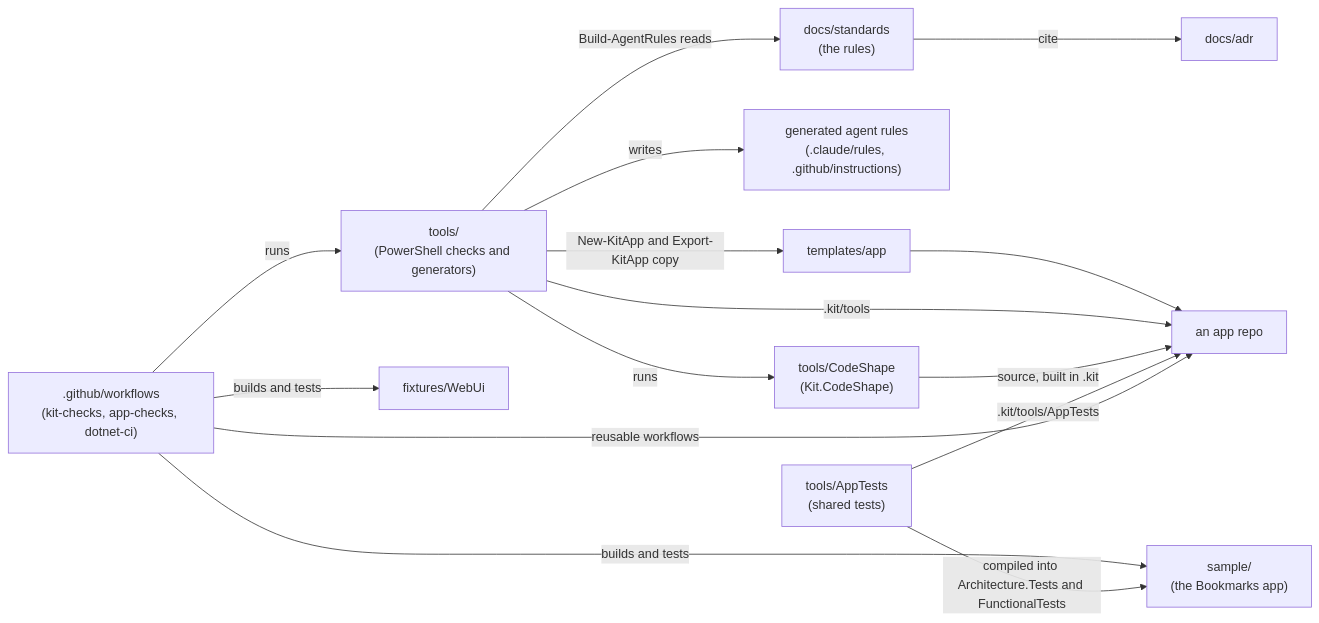
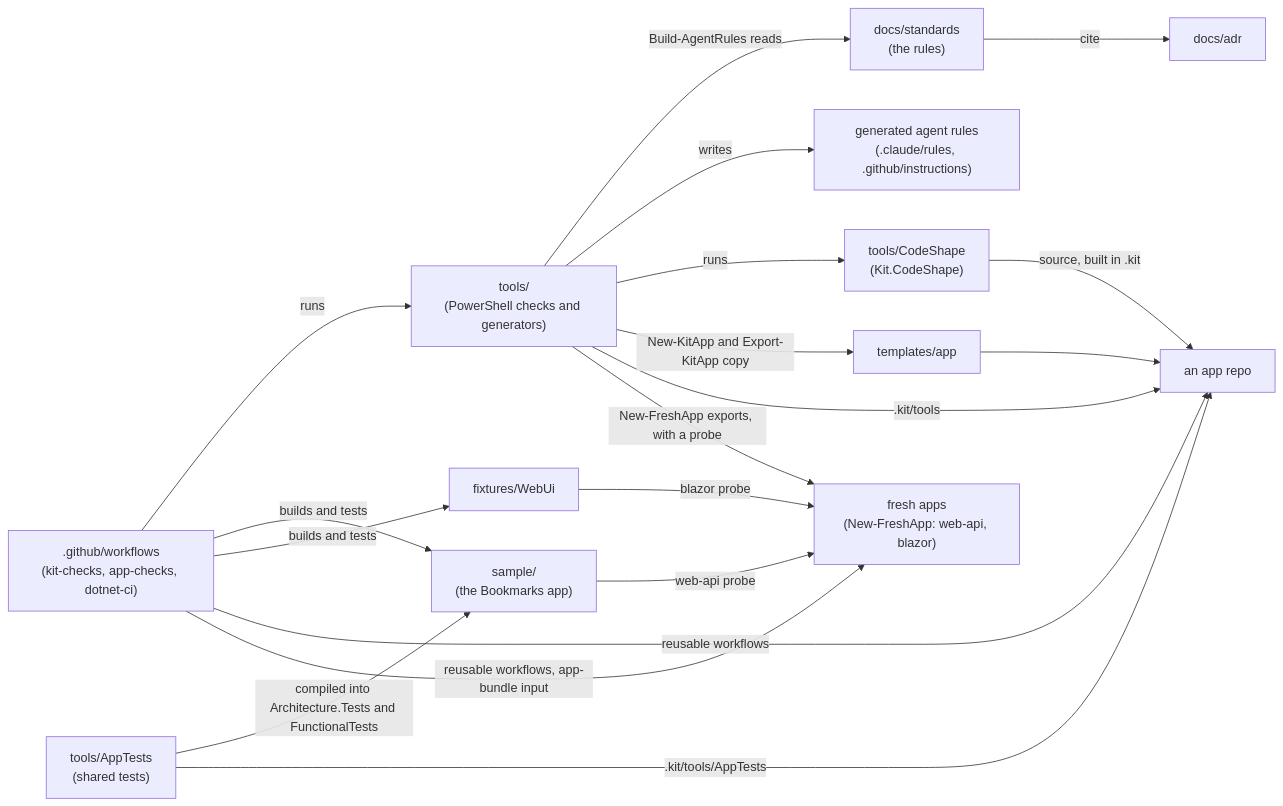
The first of 2 diagrams in docs/architecture/modules.md (DerekFoulk/dotnet-agent-kit), drawn with Mermaid before and after one commit. The commit also changed 4 other files, not shown here.

Commit message:
docs: ADR-0095, the fresh-app jobs in AGENTS.md, the README and the diagram

````diff
--- a/docs/architecture/modules.md
+++ b/docs/architecture/modules.md
@@ -7,28 +7,33 @@
 ```mermaid
 flowchart LR
     standards["docs/standards<br/>(the rules)"]
     adr["docs/adr"]
     rules["generated agent rules<br/>(.claude/rules, .github/instructions)"]
     tools["tools/<br/>(PowerShell checks and generators)"]
     codeshape["tools/CodeShape<br/>(Kit.CodeShape)"]
     ci[".github/workflows<br/>(kit-checks, app-checks, dotnet-ci)"]
     templates["templates/app"]
     sample["sample/<br/>(the Bookmarks app)"]
     webui["fixtures/WebUi"]
     apps["an app repo"]
 
     standards -->|cite| adr
     tools -->|Build-AgentRules reads| standards
     tools -->|writes| rules
     tools -->|runs| codeshape
     ci -->|runs| tools
     ci -->|builds and tests| sample
     ci -->|builds and tests| webui
     tools -->|New-KitApp and Export-KitApp copy| templates
     templates --> apps
     tools -->|.kit/tools| apps
     codeshape -->|source, built in .kit| apps
     apptests["tools/AppTests<br/>(shared tests)"] -->|compiled into Architecture.Tests and FunctionalTests| sample
     apptests -->|.kit/tools/AppTests| apps
     ci -->|reusable workflows| apps
+    fresh["fresh apps<br/>(New-FreshApp: web-api, blazor)"]
+    tools -->|New-FreshApp exports, with a probe| fresh
+    sample -->|web-api probe| fresh
+    webui -->|blazor probe| fresh
+    ci -->|reusable workflows, app-bundle input| fresh
 ```
````
